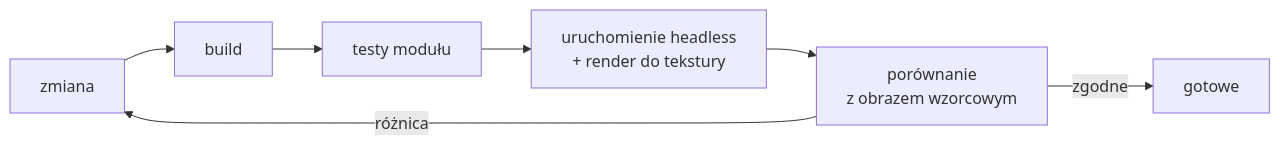
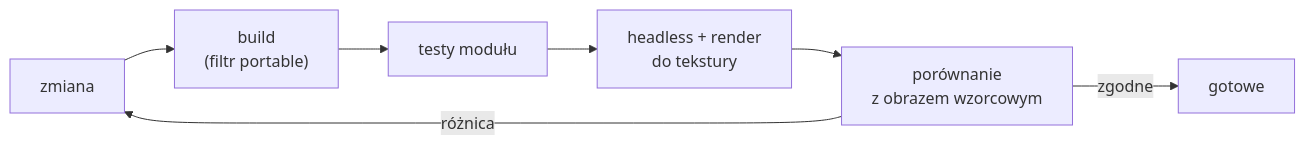
One commit to eXoz00rd/HEngine changed the tenth of 11 diagrams in docs/TARGET_ARCHITECTURE.md. Above: the diagram before and after it, drawn with Mermaid. The commit also changed other lines of this file and 1 other file, not shown here.

Commit message:
Refocus the target architecture document on the target state (#4)

````diff
--- a/docs/TARGET_ARCHITECTURE.md
+++ b/docs/TARGET_ARCHITECTURE.md
@@ -355,9 +718,9 @@
 ```mermaid
 flowchart LR
-    A["zmiana"] --> B["build"]
+    A["zmiana"] --> B["build<br/>(filtr portable)"]
     B --> C["testy modułu"]
-    C --> D["uruchomienie headless<br/>+ render do tekstury"]
+    C --> D["headless + render<br/>do tekstury"]
     D --> E["porównanie<br/>z obrazem wzorcowym"]
     E -->|różnica| A
     E -->|zgodne| F["gotowe"]
 ```
````
